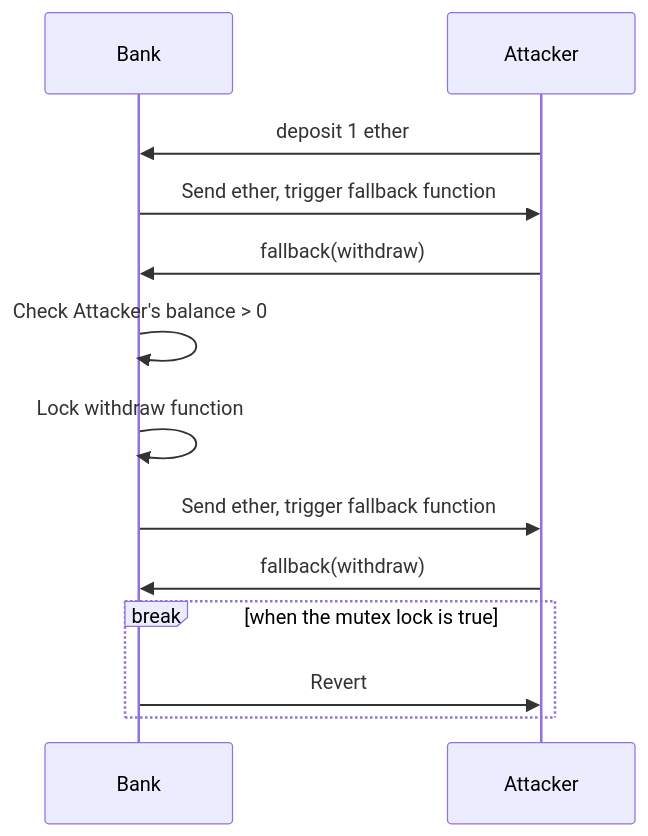
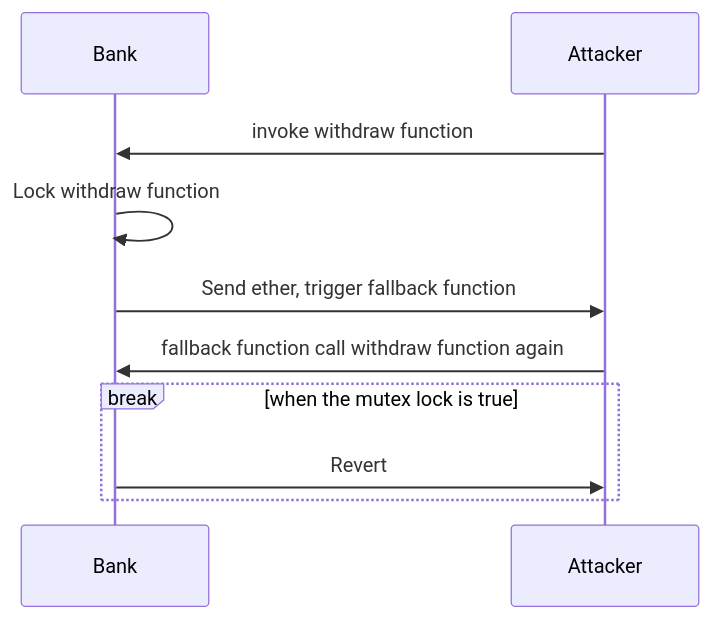
The fourth of 8 diagrams in README.md (GaryHo34/blockchain-project), drawn with Mermaid before and after one commit. The commit also changed other lines of this file, not shown here.

````diff
--- a/README.md
+++ b/README.md
@@ -119,15 +121,12 @@
 ```mermaid
 sequenceDiagram
  participant Bank
     participant Attacker
-    Attacker->>Bank: deposit 1 ether
-    Bank->>Attacker: Send ether, trigger fallback function
-    Attacker->>Bank: fallback(withdraw)
-    Bank->>Bank: Check Attacker's balance > 0
+    Attacker->>Bank: invoke withdraw function
     Bank->>Bank: Lock withdraw function
     Bank->>Attacker: Send ether, trigger fallback function
-    Attacker->>Bank: fallback(withdraw)
+    Attacker->>Bank: fallback function call withdraw function again
     Break when the mutex lock is true
         Bank->>Attacker: Revert
     end
 ```
````
